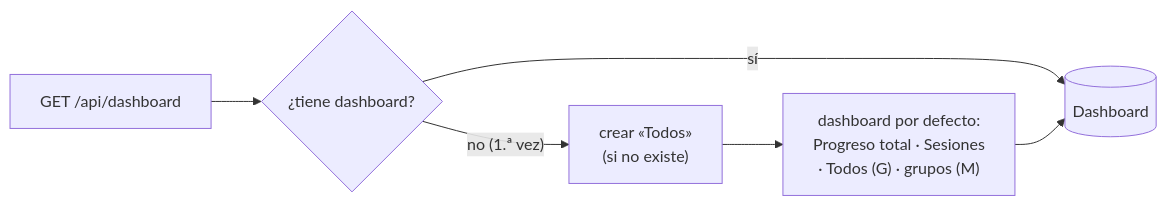
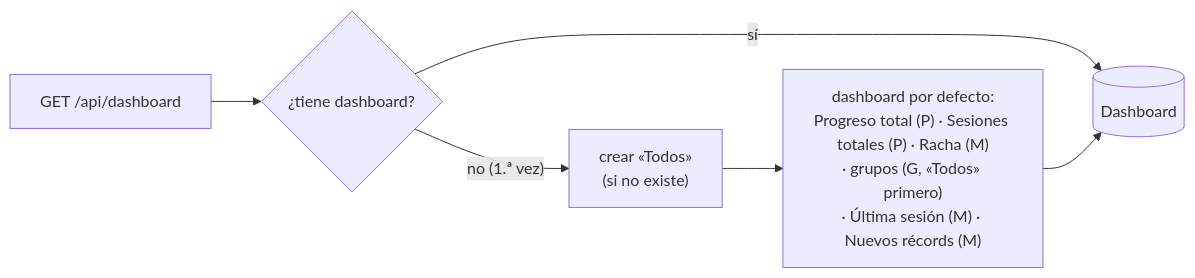
One commit to daviddhernandez2/yieldfit changed the sixth of 7 diagrams in docs/modelo-datos.md. Above: the diagram before and after it, drawn with Mermaid. The commit also changed other lines of this file and 4 other files, not shown here.

````diff
--- a/docs/modelo-datos.md
+++ b/docs/modelo-datos.md
@@ -243,6 +248,6 @@
 ```mermaid
 flowchart LR
     G["GET /api/dashboard"] --> A{"¿tiene dashboard?"}
     A -- sí --> D[("Dashboard")]
-    A -- "no (1.ª vez)" --> T["crear «Todos»<br/>(si no existe)"] --> P["dashboard por defecto:<br/>Progreso total · Sesiones<br/>· Todos (G) · grupos (M)"] --> D
+    A -- "no (1.ª vez)" --> T["crear «Todos»<br/>(si no existe)"] --> P["dashboard por defecto:<br/>Progreso total (P) · Sesiones totales (P) · Racha (M)<br/>· grupos (G, «Todos» primero)<br/>· Última sesión (M) · Nuevos récords (M)"] --> D
 ```
````
